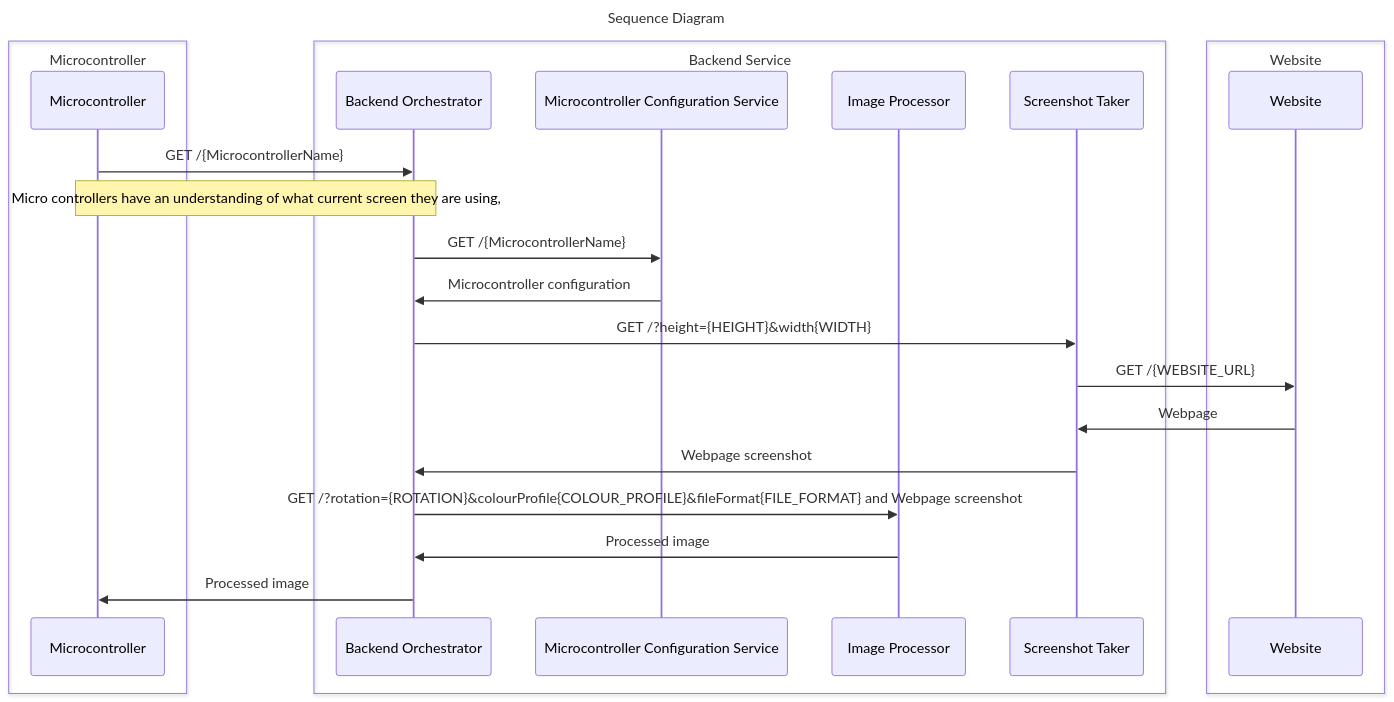
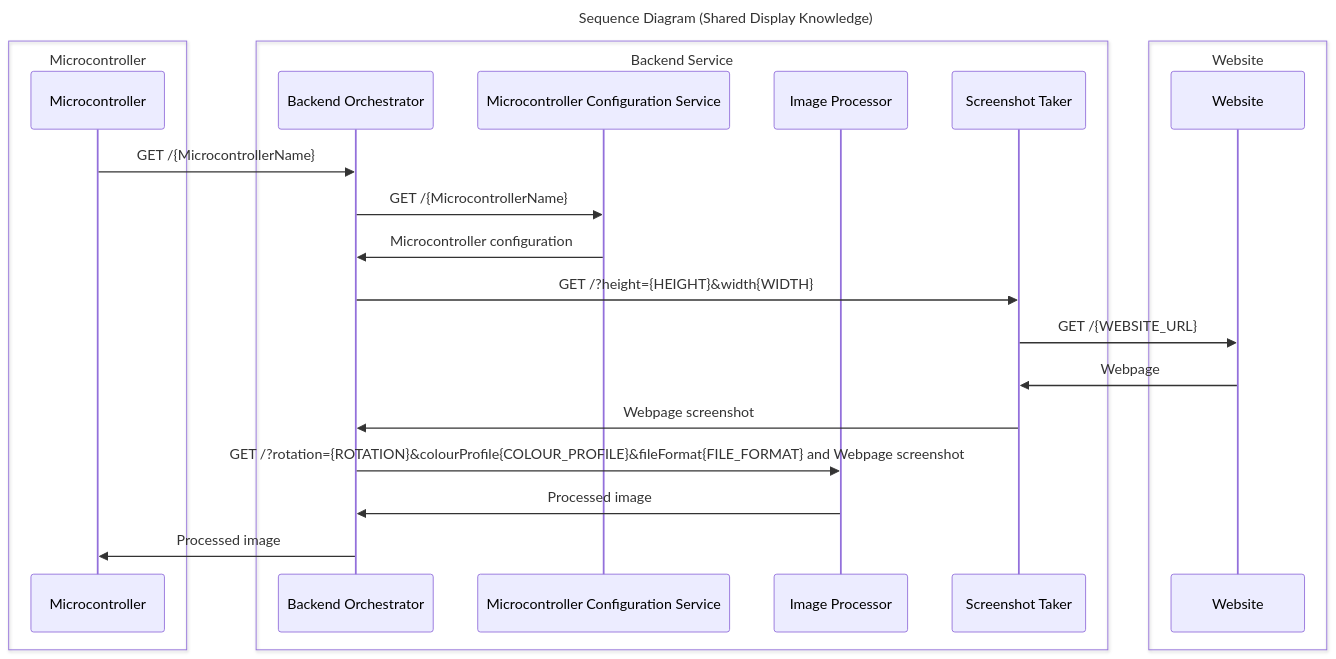
Before and after one commit to AlexBramhill/pi-site-sender: the second of 2 diagrams in architecture-diagram.md, drawn with Mermaid. The commit also changed other lines of this file, not shown here.

Commit message:
update architecture diagram

````diff
--- a/architecture-diagram.md
+++ b/architecture-diagram.md
@@ -3,35 +53,34 @@
 ```mermaid
 ---
-title: Sequence Diagram
+title: Sequence Diagram (Shared Display Knowledge)
 ---
 sequenceDiagram
 
 box Microcontroller
 participant Microcontroller
 end
 
 box Backend Service
 participant Backend Orchestrator
 participant Microcontroller Configuration Service
 participant Image Processor
 participant Screenshot Taker
 end
 
 box Website
 participant Website
 end
 Microcontroller ->> Backend Orchestrator: GET /{MicrocontrollerName}
-Note over Microcontroller,Backend Orchestrator: Micro controllers have an understanding of what current screen they are using,
 
 Backend Orchestrator ->> Microcontroller Configuration Service: GET /{MicrocontrollerName}
 Microcontroller Configuration Service ->> Backend Orchestrator: Microcontroller configuration
 Backend Orchestrator ->> Screenshot Taker: GET /?height={HEIGHT}&width{WIDTH}
 Screenshot Taker ->> Website: GET /{WEBSITE_URL}
 Website ->> Screenshot Taker: Webpage
 Screenshot Taker ->> Backend Orchestrator: Webpage screenshot
 Backend Orchestrator ->> Image Processor: GET /?rotation={ROTATION}&colourProfile{COLOUR_PROFILE}&fileFormat{FILE_FORMAT} and Webpage screenshot
 Image Processor ->> Backend Orchestrator: Processed image
 Backend Orchestrator ->> Microcontroller: Processed image
 
 
 ```
````
